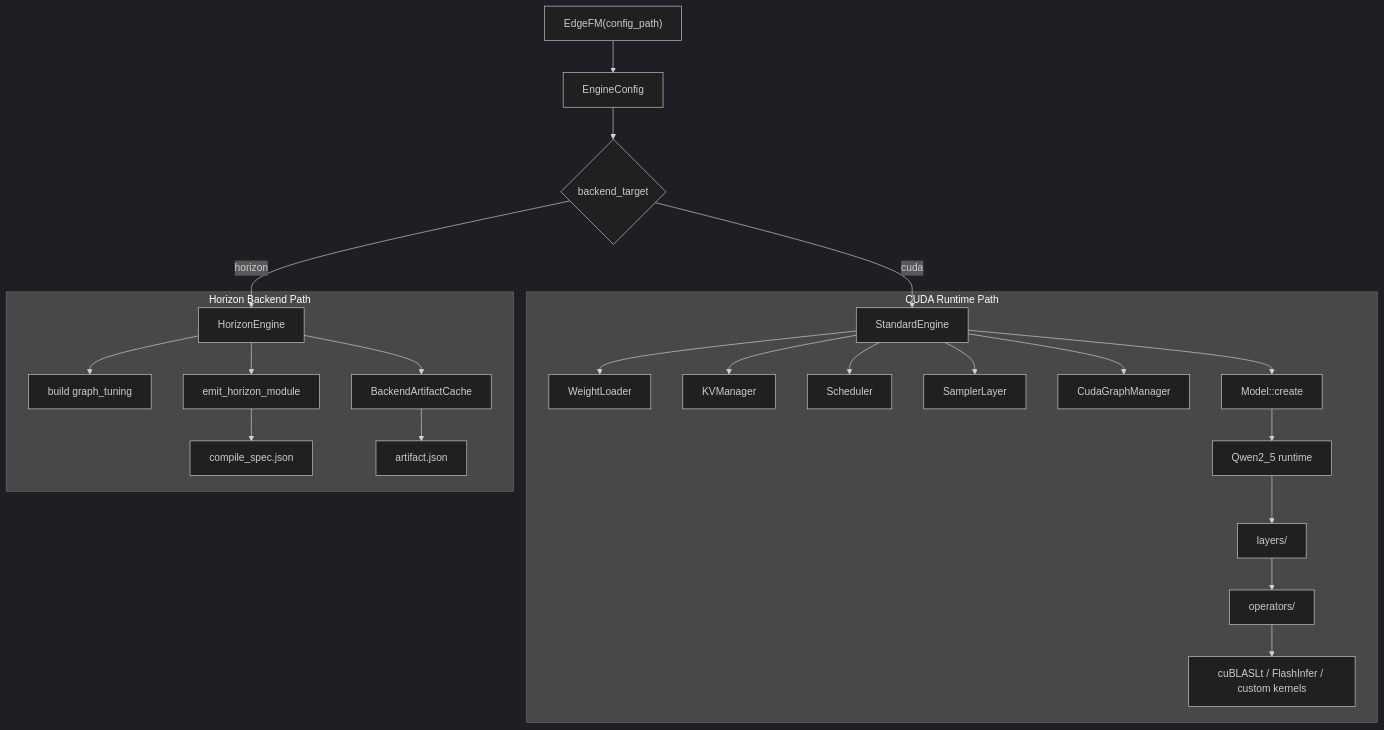
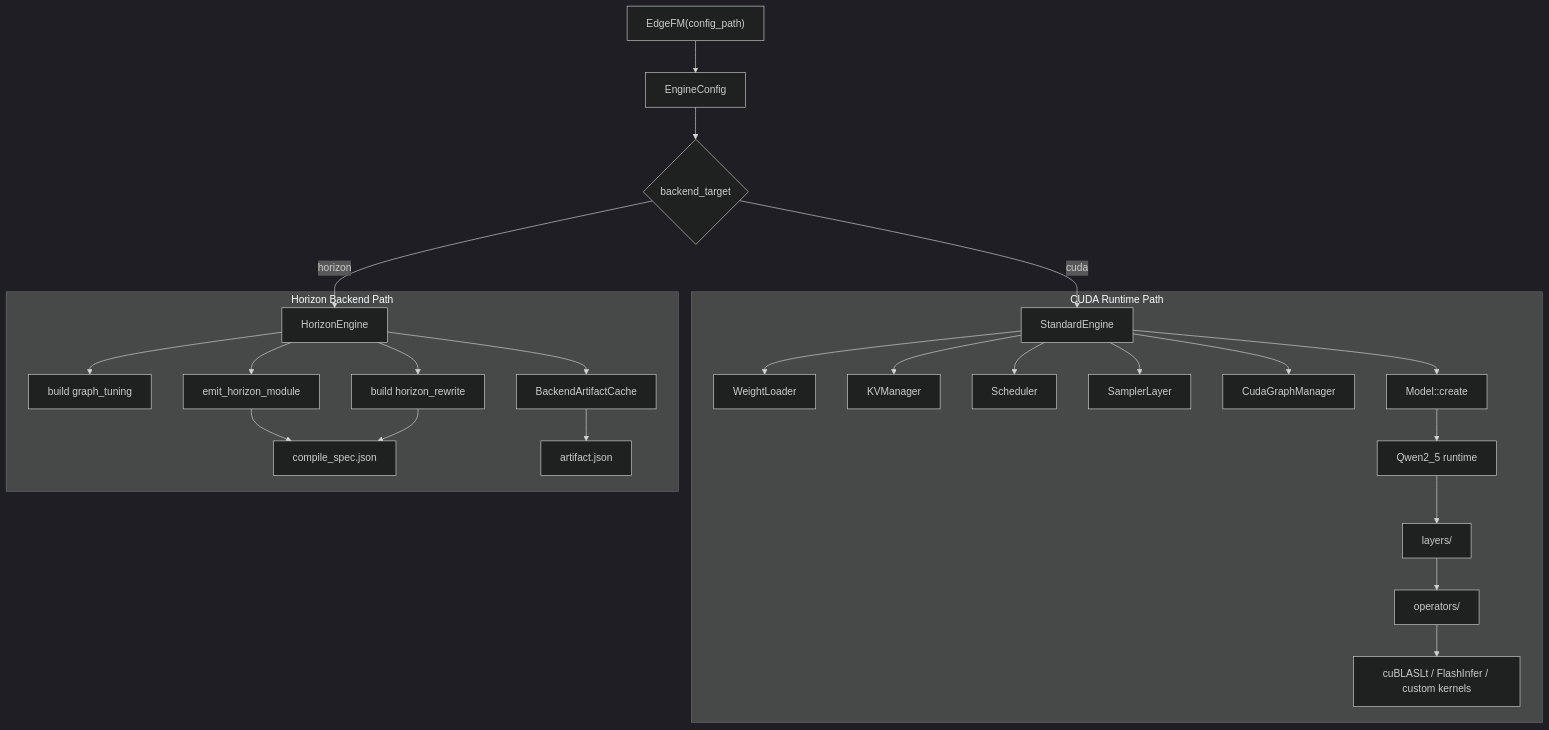
Before and after one commit to windog-labs/edge-fm-x: the first of 5 diagrams in doc/design.md, drawn with Mermaid (dark theme). The commit also changed other lines of this file and 42 other files, not shown here.

````diff
--- a/doc/design.md
+++ b/doc/design.md
@@ -39,31 +43,33 @@
 ```mermaid
 flowchart TD
     A["EdgeFM(config_path)"] --> B["EngineConfig"]
     B --> C{"backend_target"}
 
     subgraph CUDA_Path["CUDA Runtime Path"]
         D["StandardEngine"]
         D --> D1["WeightLoader"]
         D --> D2["KVManager"]
         D --> D3["Scheduler"]
         D --> D4["SamplerLayer"]
         D --> D5["CudaGraphManager"]
         D --> E["Model::create"]
         E --> F["Qwen2_5 runtime"]
         F --> G["layers/"]
         G --> H["operators/"]
         H --> I["cuBLASLt / FlashInfer / custom kernels"]
     end
 
     subgraph Horizon_Path["Horizon Backend Path"]
         J["HorizonEngine"]
         J --> K["build graph_tuning"]
         J --> L["emit_horizon_module"]
+        J --> P["build horizon_rewrite"]
         J --> M["BackendArtifactCache"]
         L --> N["compile_spec.json"]
+        P --> N
         M --> O["artifact.json"]
     end
 
     C -->|cuda| D
     C -->|horizon| J
 ```
````
